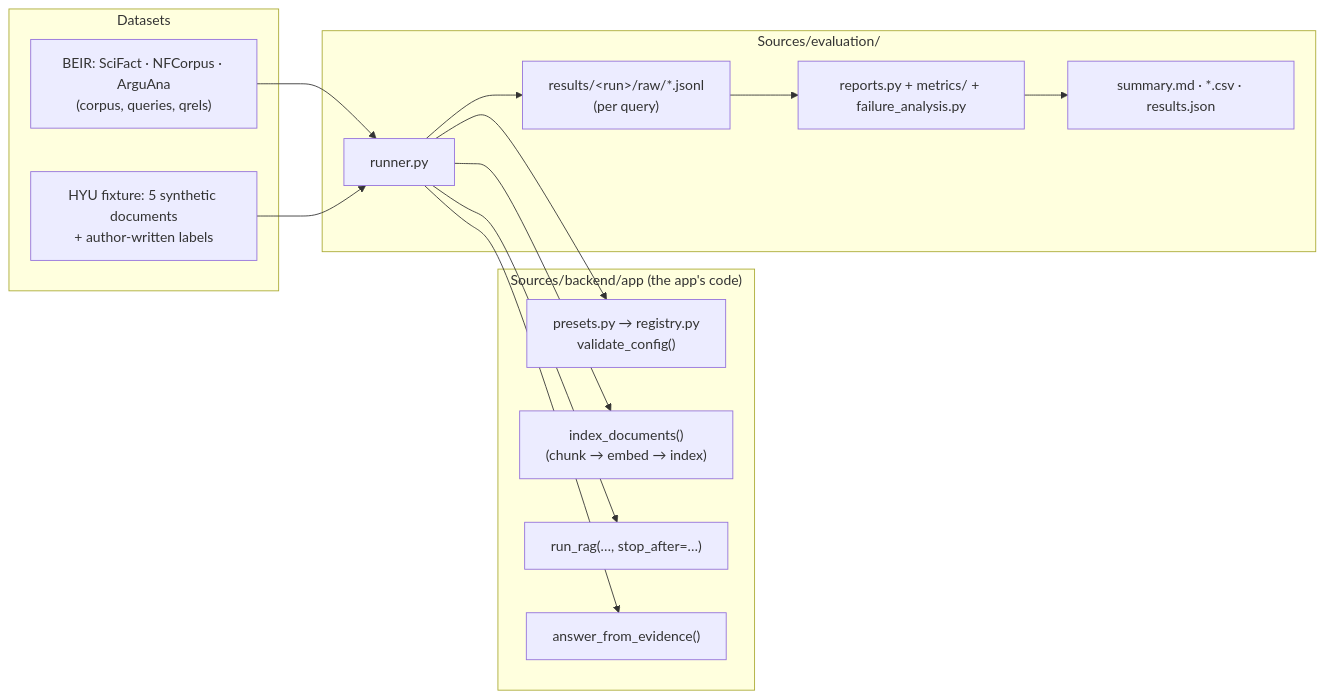
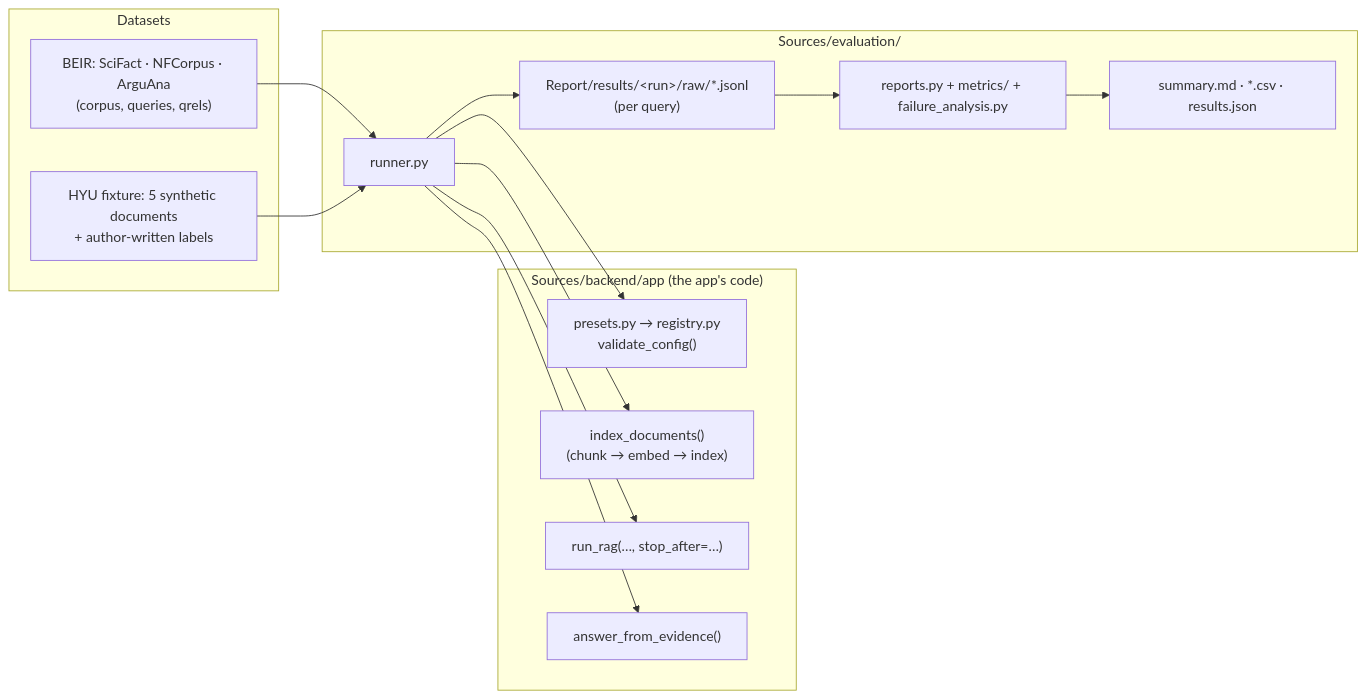
One commit to Jackson2706/RAG-Project-G5-HYU-E changed the diagram in Sources/docs/06_BENCHMARK_AND_EVALUATION.md. Above: the diagram before and after it, drawn with Mermaid. The commit also changed other lines of this file and 59 other files, not shown here.

````diff
--- a/Sources/docs/06_BENCHMARK_AND_EVALUATION.md
+++ b/Sources/docs/06_BENCHMARK_AND_EVALUATION.md
@@ -16,24 +16,24 @@
 ```mermaid
 flowchart LR
   subgraph data["Datasets"]
     B["BEIR: SciFact · NFCorpus · ArguAna<br/>(corpus, queries, qrels)"]
     F["HYU fixture: 5 synthetic documents<br/>+ author-written labels"]
   end
   subgraph app["Sources/backend/app (the app's code)"]
     P["presets.py → registry.py<br/>validate_config()"]
     I["index_documents()<br/>(chunk → embed → index)"]
     R["run_rag(…, stop_after=…)"]
     A["answer_from_evidence()"]
   end
   subgraph eval["Sources/evaluation/"]
-    RUN["runner.py"] --> RAW["results/&lt;run&gt;/raw/*.jsonl<br/>(per query)"]
+    RUN["runner.py"] --> RAW["Report/results/&lt;run&gt;/raw/*.jsonl<br/>(per query)"]
     RAW --> REP["reports.py + metrics/ + failure_analysis.py"]
     REP --> OUT["summary.md · *.csv · results.json"]
   end
   B --> RUN
   F --> RUN
   RUN --> P
   RUN --> I
   RUN --> R
   RUN --> A
 ```
````
